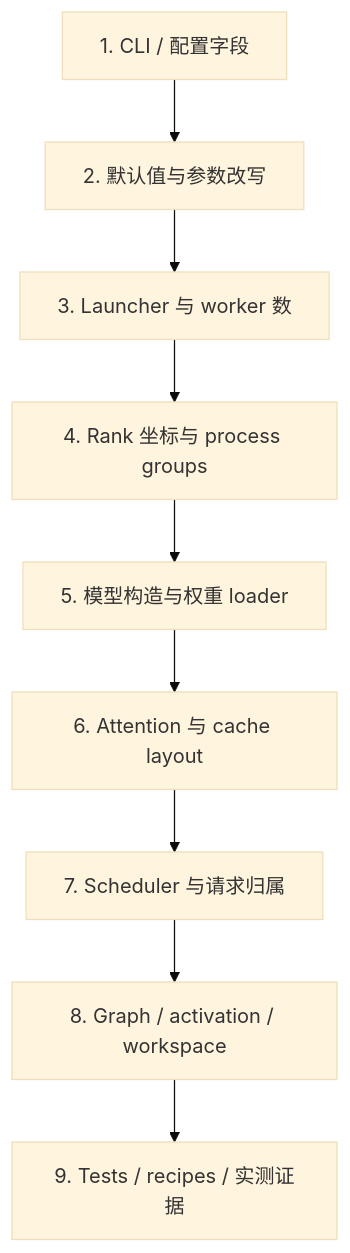
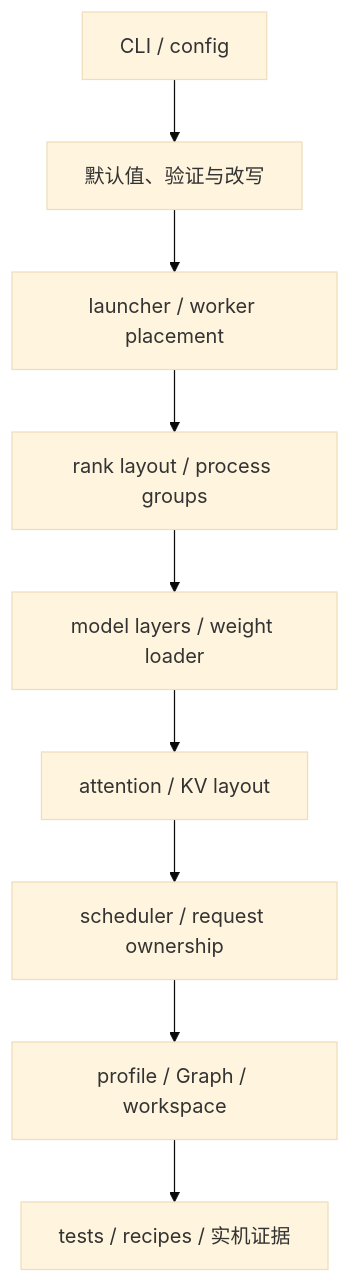
Before and after one commit to KinChow/llm-memory-planner: the fourth of 4 diagrams in docs/research/2026-07-13-parallelism-source-reading-foundations.md, drawn with Mermaid (base theme). The commit also changed other lines of this file, not shown here.

````diff
--- a/docs/research/2026-07-13-parallelism-source-reading-foundations.md
+++ b/docs/research/2026-07-13-parallelism-source-reading-foundations.md
@@ -779,14 +587,14 @@
 ```mermaid
 flowchart TB
-    accTitle: 并行策略源码审计路径
-    accDescr: 从用户参数开始，依次追踪默认值解析、worker 拓扑、通信组、模型放置、缓存、调度和运行阶段，并用测试证据闭环
+    accTitle: 并行策略源码阅读路线
+    accDescr: 从参数进入，沿配置解析、进程拓扑、通信组、模型放置和请求缓存追到真实显存生命周期
 
-    cli["1. CLI / 配置字段"] --> resolve["2. 默认值与参数改写"]
-    resolve --> launch["3. Launcher 与 worker 数"]
-    launch --> groups["4. Rank 坐标与 process groups"]
-    groups --> model["5. 模型构造与权重 loader"]
-    model --> cache["6. Attention 与 cache layout"]
-    cache --> scheduler["7. Scheduler 与请求归属"]
-    scheduler --> runtime["8. Graph / activation / workspace"]
-    runtime --> evidence["9. Tests / recipes / 实测证据"]
+    cli_config["CLI / config"] --> resolved_config["默认值、验证与改写"]
+    resolved_config --> worker_launch["launcher / worker placement"]
+    worker_launch --> group_build["rank layout / process groups"]
+    group_build --> model_build["model layers / weight loader"]
+    model_build --> cache_layout["attention / KV layout"]
+    cache_layout --> scheduler_path["scheduler / request ownership"]
+    scheduler_path --> runtime_path["profile / Graph / workspace"]
+    runtime_path --> test_evidence["tests / recipes / 实机证据"]
 ```
````
